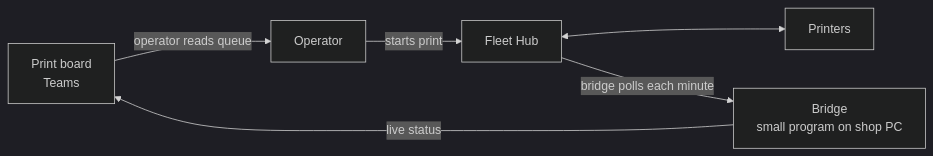
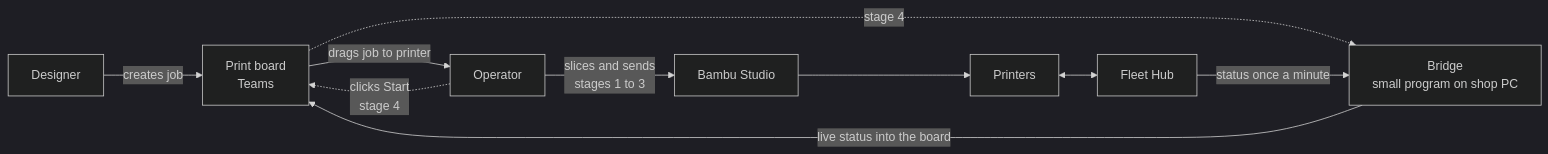
The diagram in docs/farm-integration-strategy.md (221twoseven/print-farm-scheduler), drawn with Mermaid (dark theme) before and after one commit. The commit also changed other lines of this file and 2 other files, not shown here.

First line of the commit message:
Rewrite integration docs around the real starting point: board + Studio, no Farm Manager

````diff
--- a/docs/farm-integration-strategy.md
+++ b/docs/farm-integration-strategy.md
@@ -21,8 +53,12 @@
 ```mermaid
 flowchart LR
-    B[Print board<br/>Teams] -->|operator reads queue| O[Operator]
-    O -->|starts print| H[Fleet Hub]
-    H <--> P[Printers]
-    H -->|bridge polls each minute| BR[Bridge<br/>small program on shop PC]
-    BR -->|live status| B
+    D[Designer] -->|creates job| B[Print board<br/>Teams]
+    B -->|drags job to printer| O[Operator]
+    O -->|slices and sends<br/>stages 1 to 3| S[Bambu Studio]
+    O -.->|clicks Start<br/>stage 4| B
+    S --> P[Printers]
+    B -.->|stage 4| BR
+    P <--> H[Fleet Hub]
+    H -->|status once a minute| BR[Bridge<br/>small program on shop PC]
+    BR -->|live status into the board| B
 ```
````
